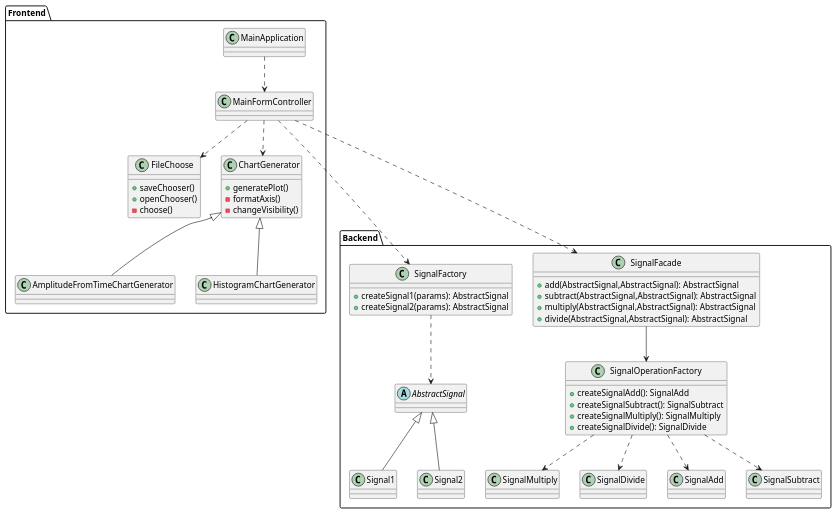
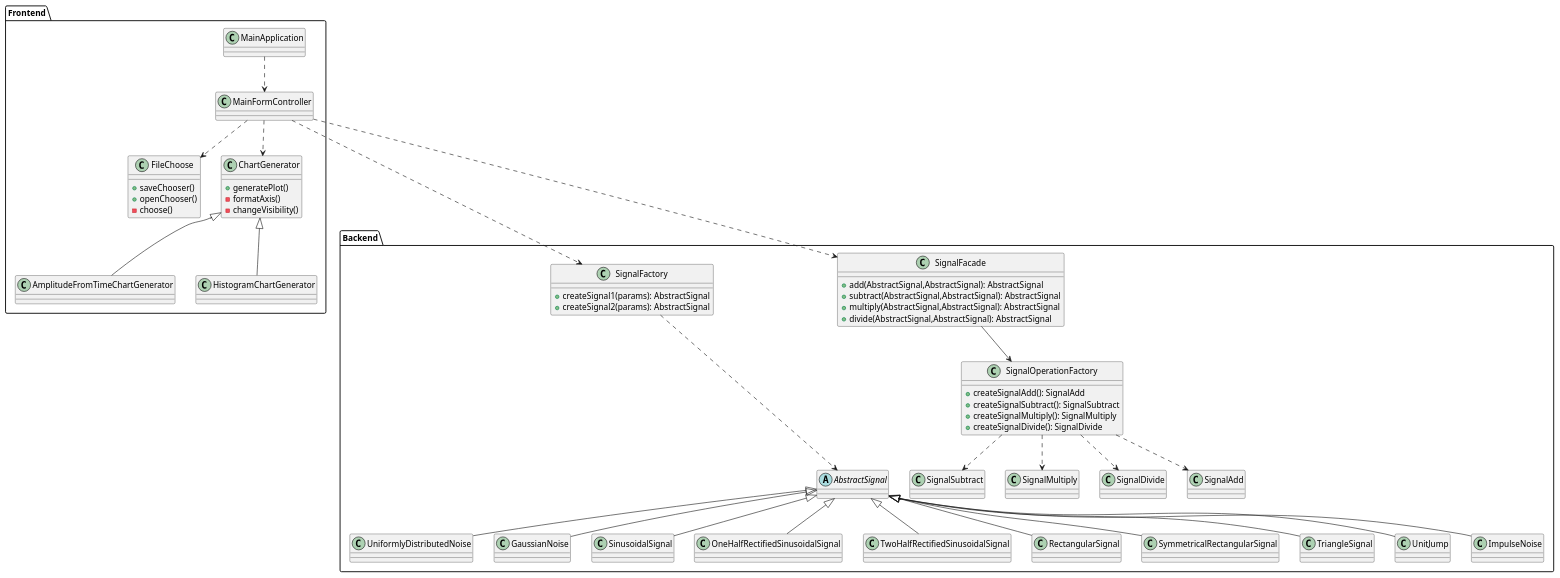
Before and after one commit to RadekBucki/DigitalSignalProcessing: the diagram in README.md, drawn with PlantUML.

Commit message:
Add signal classes

````diff
--- a/README.md
+++ b/README.md
@@ -5,19 +5,34 @@
 ```plantuml
 package Backend {
-    abstract class AbstractSignal {
-    }
-    class Signal1
-    class Signal2
-    
-    AbstractSignal <|-- Signal1
-    AbstractSignal <|-- Signal2
-    
     class SignalFactory {
         + createSignal1(params): AbstractSignal
         + createSignal2(params): AbstractSignal
     }
+    SignalFactory ...> AbstractSignal
     
-    SignalFactory ..> AbstractSignal
+    abstract class AbstractSignal {
+    }
+    class UniformlyDistributedNoise
+    class GaussianNoise
+    class SinusoidalSignal
+    class OneHalfRectifiedSinusoidalSignal
+    class TwoHalfRectifiedSinusoidalSignal
+    class RectangularSignal
+    class SymmetricalRectangularSignal
+    class TriangleSignal
+    class UnitJump
+    class ImpulseNoise
+    
+    AbstractSignal <|-- UniformlyDistributedNoise
+    AbstractSignal <|-- GaussianNoise
+    AbstractSignal <|-- SinusoidalSignal
+    AbstractSignal <|-- OneHalfRectifiedSinusoidalSignal
+    AbstractSignal <|-- TwoHalfRectifiedSinusoidalSignal
+    AbstractSignal <|-- RectangularSignal
+    AbstractSignal <|-- SymmetricalRectangularSignal
+    AbstractSignal <|-- TriangleSignal
+    AbstractSignal <|-- UnitJump
+    AbstractSignal <|-- ImpulseNoise
     
     class SignalFacade {
         + add(AbstractSignal,AbstractSignal): AbstractSignal
````
